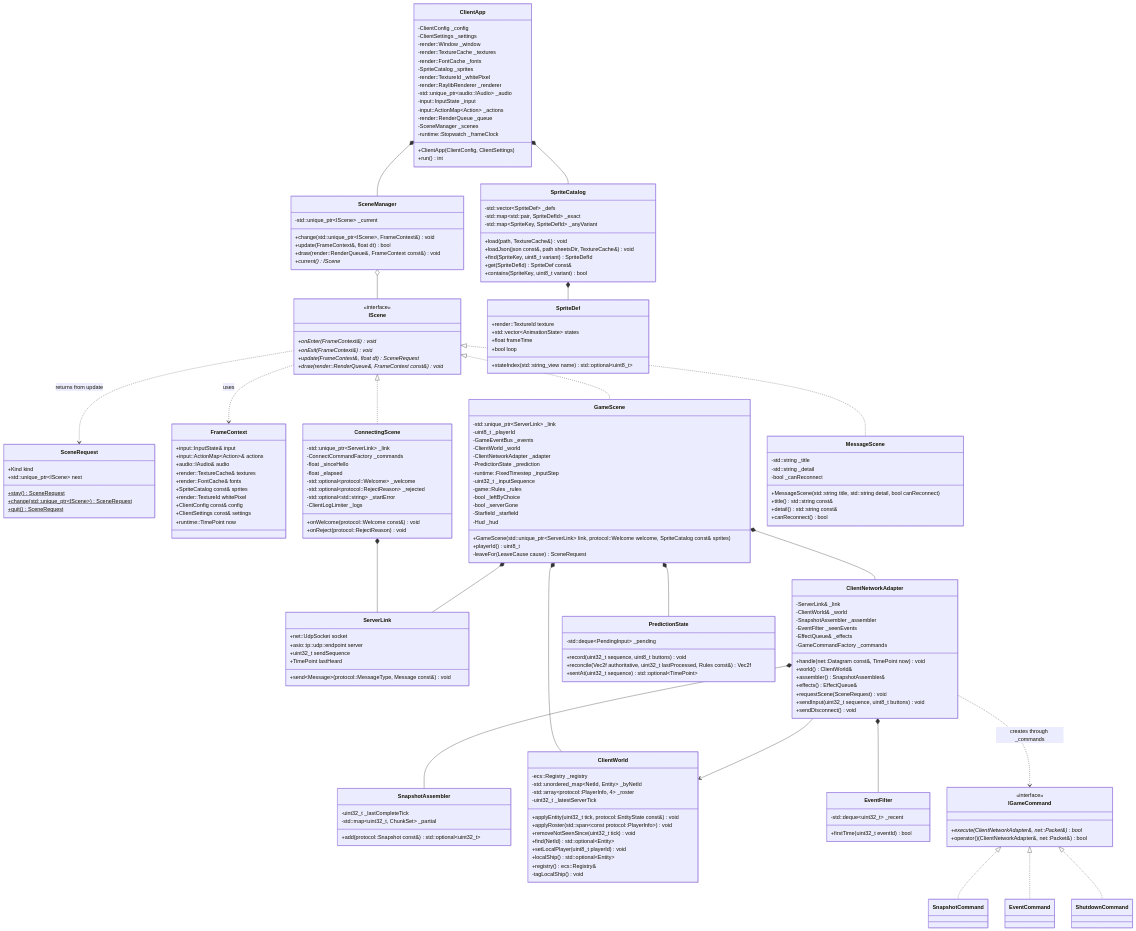
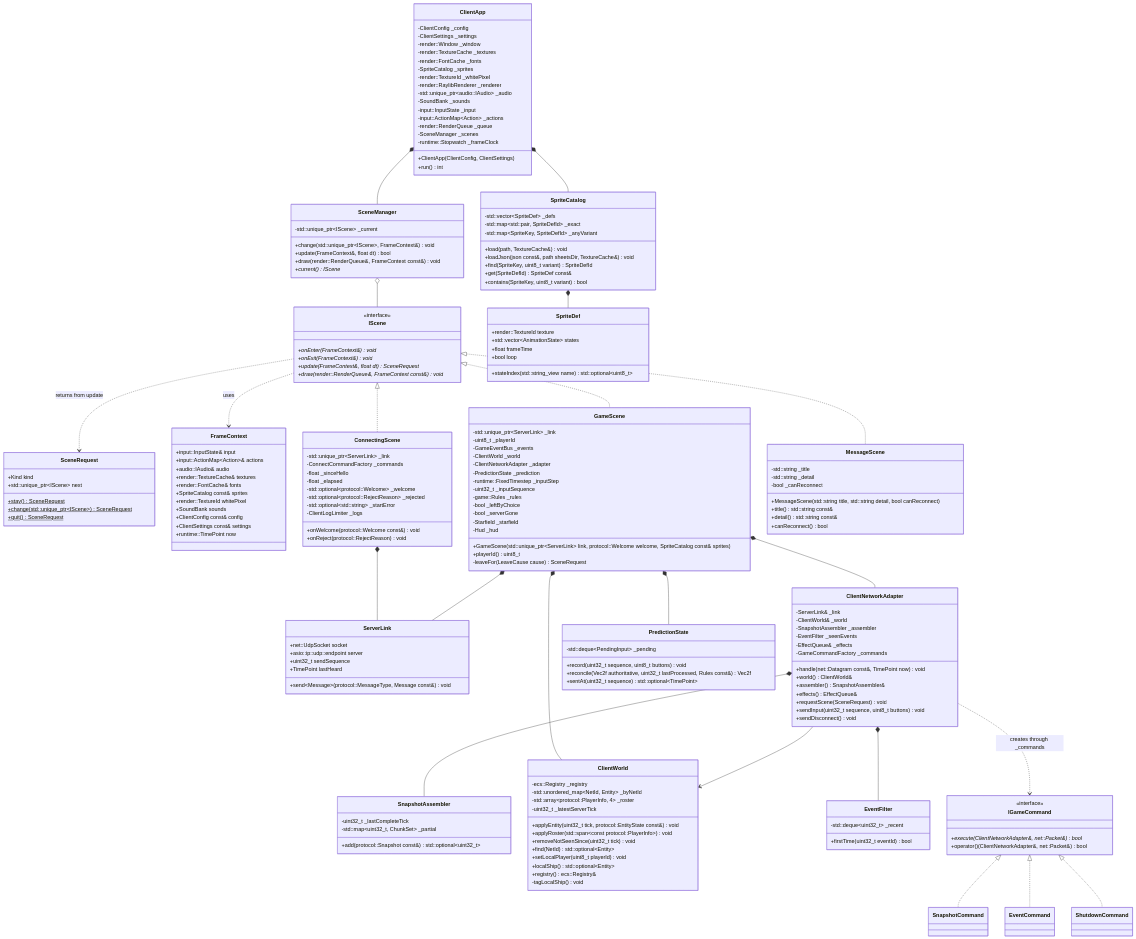
Before and after one commit to janumaruku/r-type: the diagram in docs/modules/client.md, drawn with Mermaid. The commit also changed other lines of this file and 16 other files, not shown here.

```diff
--- a/docs/modules/client.md
+++ b/docs/modules/client.md
@@ -33,6 +33,7 @@
         -render::TextureId _whitePixel
         -render::RaylibRenderer _renderer
         -std::unique_ptr~audio::IAudio~ _audio
+        -SoundBank _sounds
         -input::InputState _input
         -input::ActionMap~Action~ _actions
         -render::RenderQueue _queue
@@ -70,6 +71,7 @@
         +render::FontCache& fonts
         +SpriteCatalog const& sprites
         +render::TextureId whitePixel
+        +SoundBank sounds
         +ClientConfig const& config
         +ClientSettings const& settings
         +runtime::TimePoint now
```
